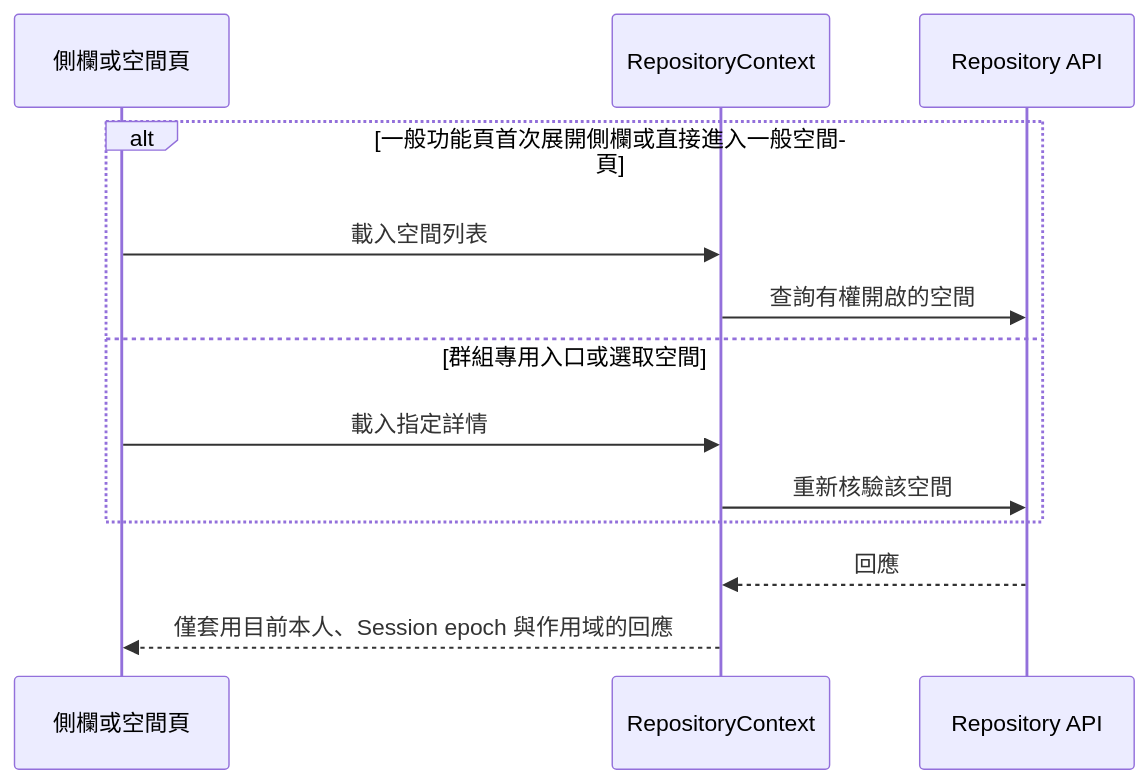
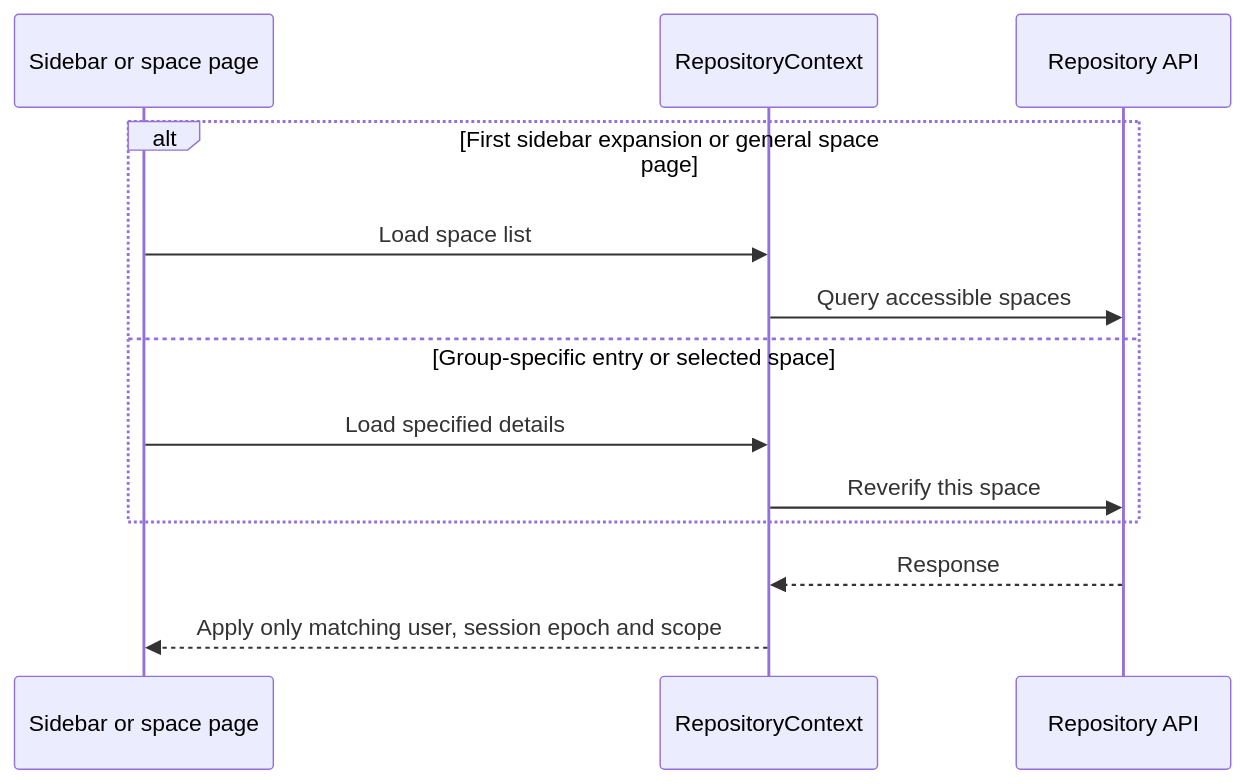
One commit to 963sup/line-mini-app-bot changed the sixth of 12 diagrams in docs/domains/repository/README.md. Above: the diagram before and after it, drawn with Mermaid. The commit also changed other lines of this file and 341 other files, not shown here.

````diff
--- a/docs/domains/repository/README.md
+++ b/docs/domains/repository/README.md
@@ -122,15 +128,15 @@
 ```mermaid
 sequenceDiagram
-  participant UI as 側欄或空間頁
+  participant UI as Sidebar or space page
   participant Context as RepositoryContext
   participant API as Repository API
-  alt 一般功能頁首次展開側欄或直接進入一般空間頁
-    UI->>Context: 載入空間列表
-    Context->>API: 查詢有權開啟的空間
-  else 群組專用入口或選取空間
-    UI->>Context: 載入指定詳情
-    Context->>API: 重新核驗該空間
+  alt First sidebar expansion or general space page
+    UI->>Context: Load space list
+    Context->>API: Query accessible spaces
+  else Group-specific entry or selected space
+    UI->>Context: Load specified details
+    Context->>API: Reverify this space
   end
-  API-->>Context: 回應
-  Context-->>UI: 僅套用目前本人、Session epoch 與作用域的回應
+  API-->>Context: Response
+  Context-->>UI: Apply only matching user, session epoch and scope
 ```
````
